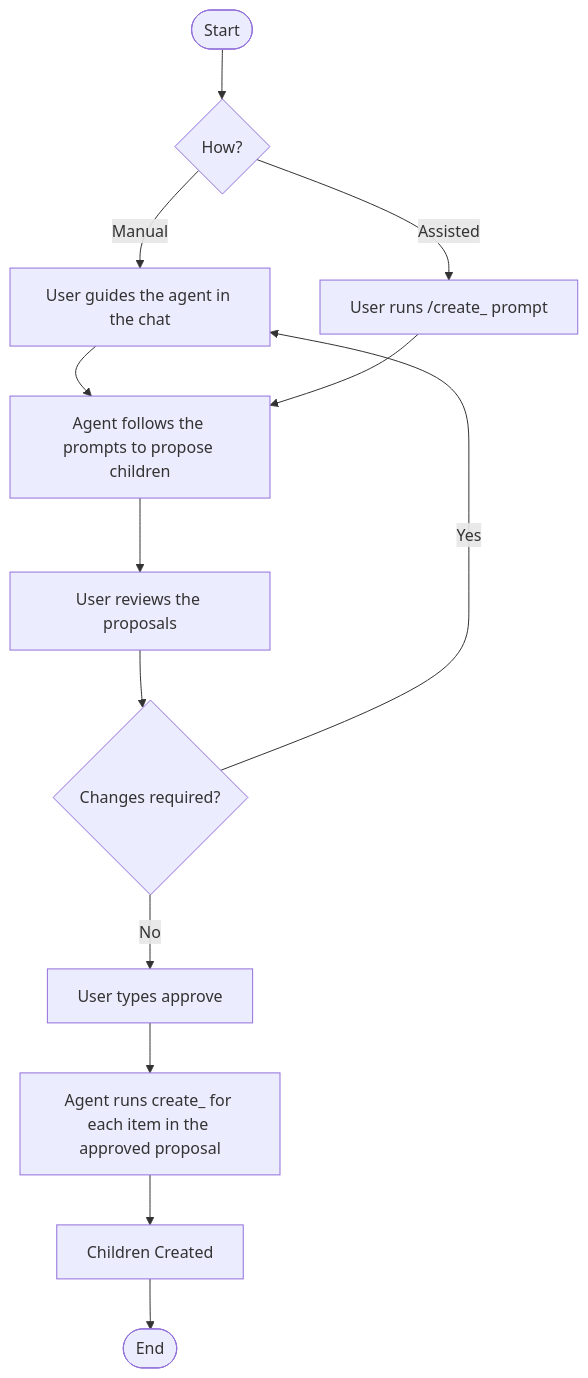
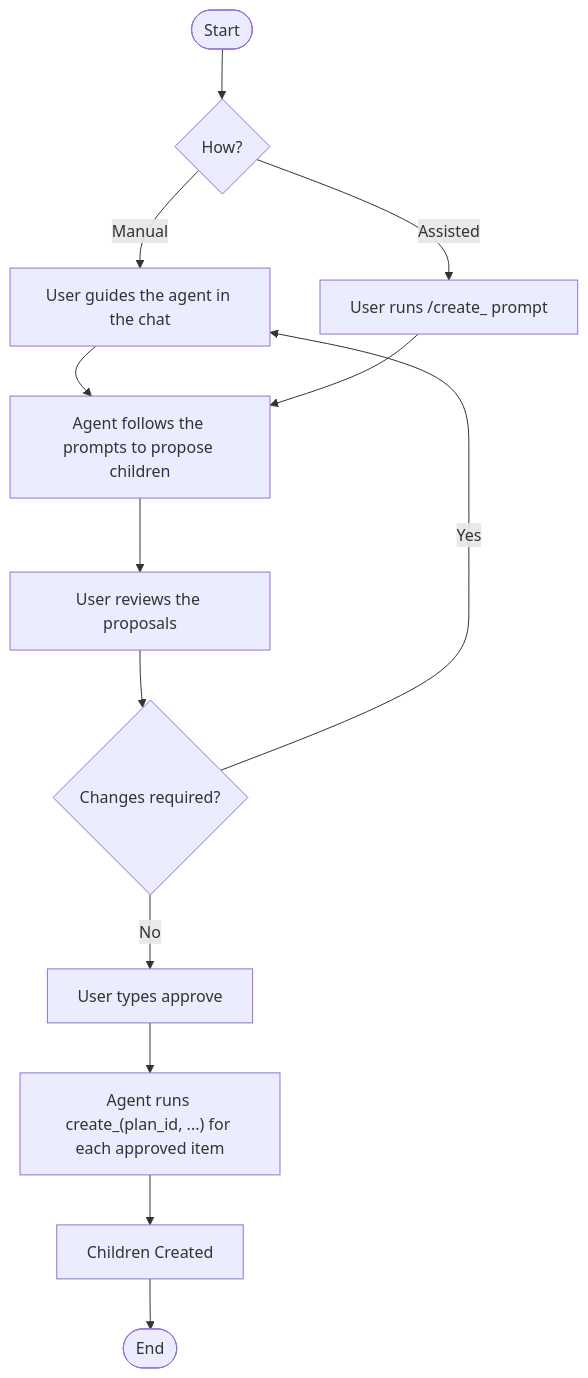
The second of 3 diagrams in docs/project_workflow.md (sgrade/plan-manager), drawn with Mermaid before and after one commit. The commit also changed other lines of this file and 22 other files, not shown here.

````diff
--- a/docs/project_workflow.md
+++ b/docs/project_workflow.md
@@ -44,14 +47,14 @@
 ```mermaid
 graph TD
     N1([Start]) --> N2{How?};
     N2 -- Manual --> N3[User guides the agent in the chat] --> N5;
     N2 -- Assisted --> N4["User runs /create_<children> prompt"] --> N5;
     N5["Agent follows the prompts to propose children"];
     N5 --> N6["User reviews the proposals"];
     N6 --> N7{"Changes required?"};
     N7 -- Yes --> N3;
     N7 -- No --> N8["User types approve"] --> N9;
-    N9["Agent runs create_<child> for each item in the approved proposal"];
+    N9["Agent runs create_<child>(plan_id, ...) for each approved item"];
     N9 --> N10[Children Created];
     N10 --> N11([End]);
 ```
````
